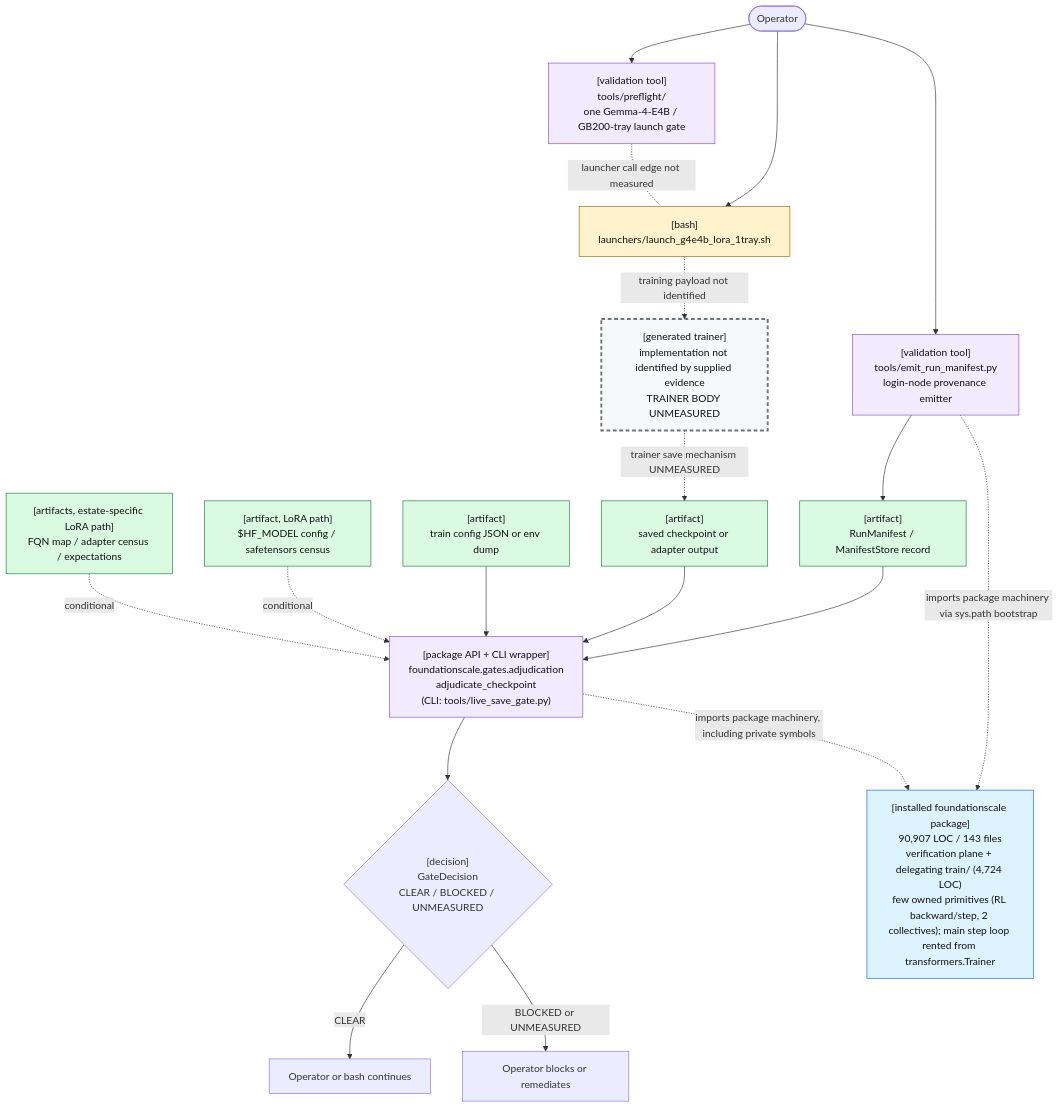
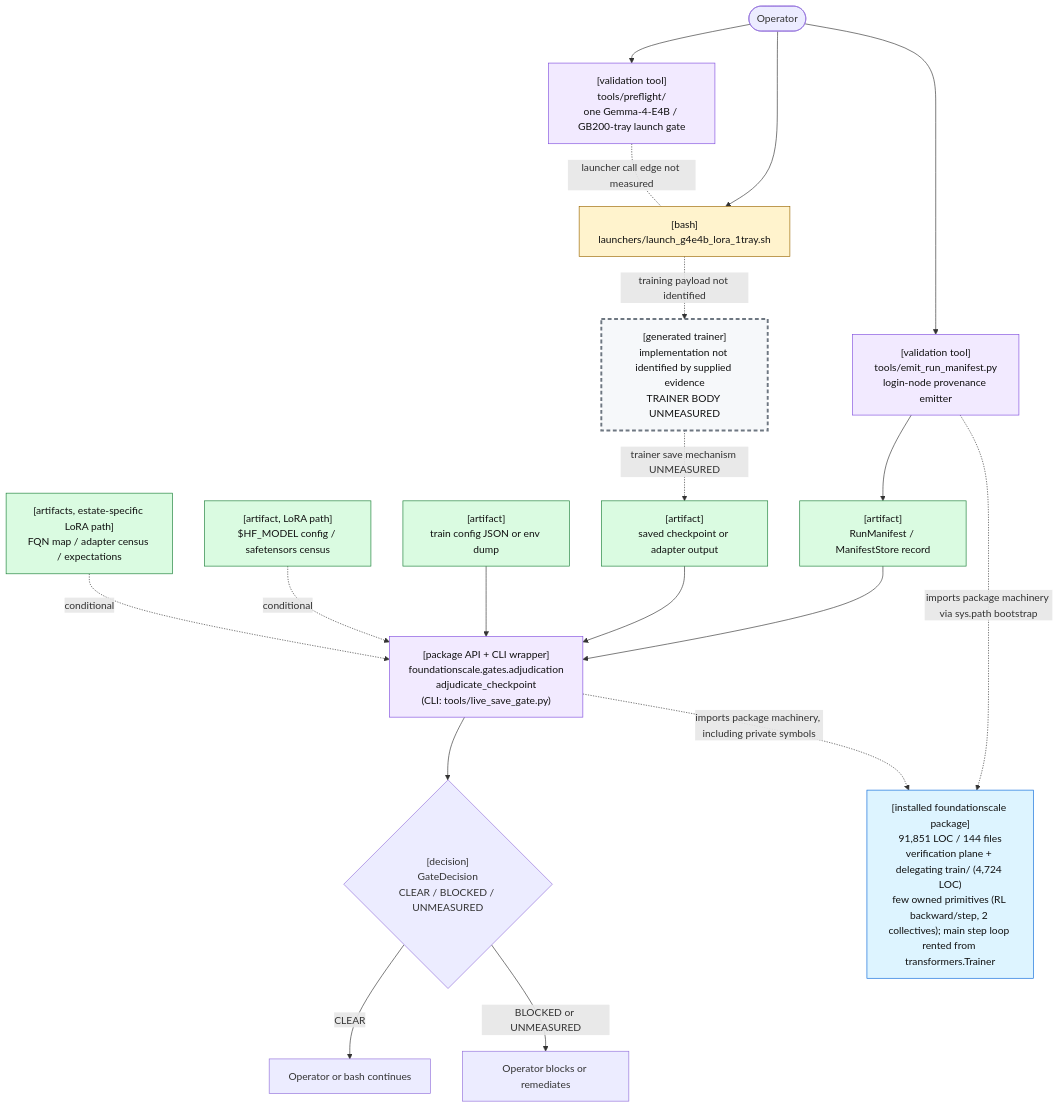
Before and after one commit to TranNhiem/FoundationScale: the first of 2 diagrams in docs/review/D2_current_architecture.md, drawn with Mermaid. The commit also changed other lines of this file and 13 other files, not shown here.

````diff
--- a/docs/review/D2_current_architecture.md
+++ b/docs/review/D2_current_architecture.md
@@ -25,59 +25,59 @@
 ```mermaid
 flowchart TB
   O(["Operator"])
 
   PF["[validation tool]<br/>tools/preflight/<br/>one Gemma-4-E4B / GB200-tray launch gate"]
   L["[bash]<br/>launchers/launch_g4e4b_lora_1tray.sh"]
 
   E["[validation tool]<br/>tools/emit_run_manifest.py<br/>login-node provenance emitter"]
   M["[artifact]<br/>RunManifest / ManifestStore record"]
 
   T["[generated trainer]<br/>implementation not identified by supplied evidence<br/>TRAINER BODY UNMEASURED"]
   C["[artifact]<br/>saved checkpoint or adapter output"]
 
   G["[package API + CLI wrapper]<br/>foundationscale.gates.adjudication<br/>adjudicate_checkpoint<br/>(CLI: tools/live_save_gate.py)"]
   CFG["[artifact]<br/>train config JSON or env dump"]
   BASE["[artifact, LoRA path]<br/>$HF_MODEL config / safetensors census"]
   CEN["[artifacts, estate-specific LoRA path]<br/>FQN map / adapter census / expectations"]
 
   D{"[decision]<br/>GateDecision<br/>CLEAR / BLOCKED / UNMEASURED"}
   OK["Operator or bash continues"]
   NO["Operator blocks or remediates"]
 
-  PKG["[installed foundationscale package]<br/>90,907 LOC / 143 files<br/>verification plane + delegating train/ (4,724 LOC)<br/>few owned primitives (RL backward/step, 2 collectives); main step loop rented from transformers.Trainer"]
+  PKG["[installed foundationscale package]<br/>91,851 LOC / 144 files<br/>verification plane + delegating train/ (4,724 LOC)<br/>few owned primitives (RL backward/step, 2 collectives); main step loop rented from transformers.Trainer"]
 
   O --> PF
   O --> L
   PF -. "launcher call edge not measured" .- L
 
   O --> E
   E --> M
 
   L -. "training payload not identified" .-> T
   T -. "trainer save mechanism UNMEASURED" .-> C
 
   M --> G
   C --> G
   CFG --> G
   BASE -. "conditional" .-> G
   CEN -. "conditional" .-> G
 
   E -. "imports package machinery via sys.path bootstrap" .-> PKG
   G -. "imports package machinery, including private symbols" .-> PKG
 
   G --> D
   D -->|"CLEAR"| OK
   D -->|"BLOCKED or UNMEASURED"| NO
 
   classDef bash fill:#fff3cd,stroke:#9a6700,color:#111;
   classDef tool fill:#f2eaff,stroke:#8250df,color:#111;
   classDef artifact fill:#dafbe1,stroke:#1a7f37,color:#111;
   classDef gap fill:#f6f8fa,stroke:#6e7781,stroke-width:3px,stroke-dasharray: 6 4,color:#111;
   classDef pkg fill:#ddf4ff,stroke:#0969da,color:#111;
 
   class L bash;
   class PF,E,G tool;
   class M,C,CFG,BASE,CEN artifact;
   class T gap;
   class PKG pkg;
 ```
````
